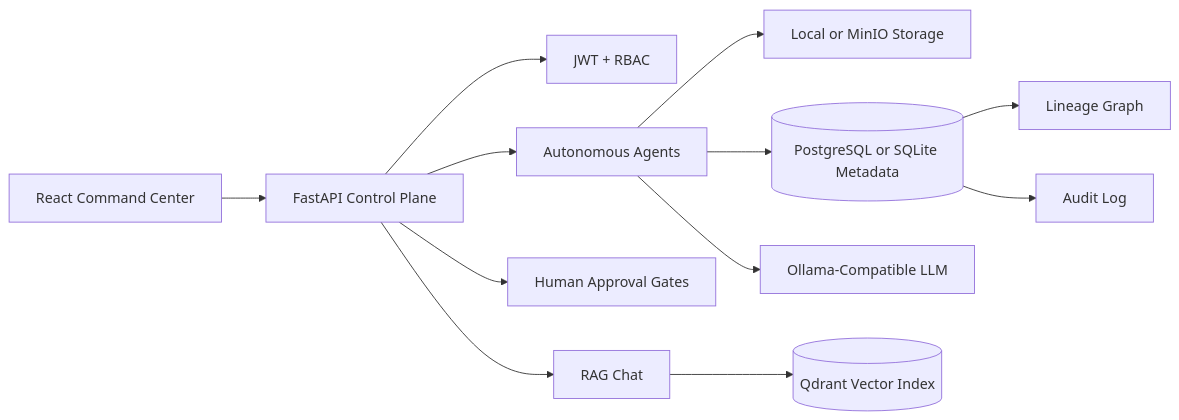
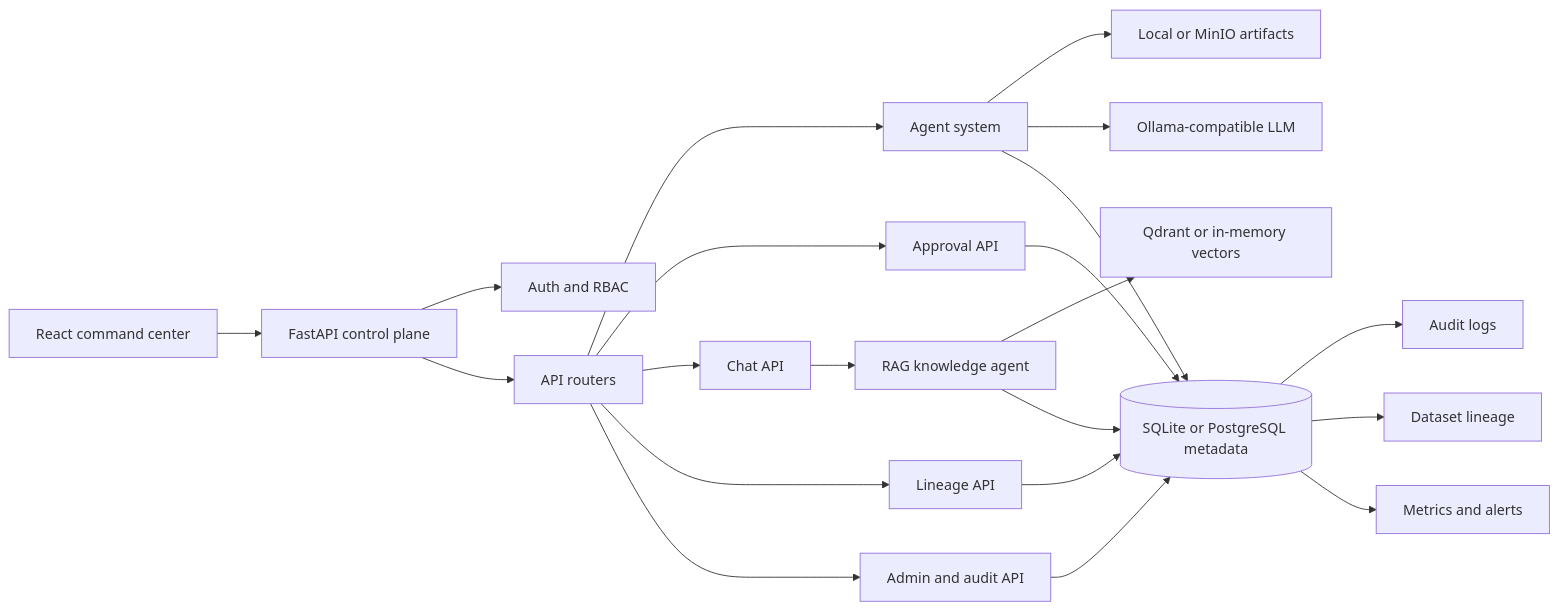
Before and after one commit to vamshivardhan22/aegis-ai-fullstack: the second of 3 diagrams in README.md, drawn with Mermaid. The commit also changed other lines of this file, not shown here.

````diff
--- a/README.md
+++ b/README.md
@@ -164,14 +81,25 @@
 ```mermaid
 flowchart LR
-  UI["React Command Center"] --> API["FastAPI Control Plane"]
-  API --> Auth["JWT + RBAC"]
-  API --> Agents["Autonomous Agents"]
-  API --> Approval["Human Approval Gates"]
-  API --> Chat["RAG Chat"]
-  Agents --> Storage["Local or MinIO Storage"]
-  Agents --> DB[("PostgreSQL or SQLite Metadata")]
-  Agents --> LLM["Ollama-Compatible LLM"]
-  Chat --> Qdrant[("Qdrant Vector Index")]
-  DB --> Lineage["Lineage Graph"]
-  DB --> Audit["Audit Log"]
+  UI["React command center"] --> API["FastAPI control plane"]
+
+  API --> Auth["Auth and RBAC"]
+  API --> Routers["API routers"]
+  Routers --> Agents["Agent system"]
+  Routers --> Approvals["Approval API"]
+  Routers --> Chat["Chat API"]
+  Routers --> LineageAPI["Lineage API"]
+  Routers --> Admin["Admin and audit API"]
+
+  Agents --> Storage["Local or MinIO artifacts"]
+  Agents --> LLM["Ollama-compatible LLM"]
+  Agents --> DB[("SQLite or PostgreSQL metadata")]
+  Chat --> RAG["RAG knowledge agent"]
+  RAG --> Qdrant["Qdrant or in-memory vectors"]
+  RAG --> DB
+  Approvals --> DB
+  LineageAPI --> DB
+  Admin --> DB
+  DB --> Audit["Audit logs"]
+  DB --> Lineage["Dataset lineage"]
+  DB --> Metrics["Metrics and alerts"]
 ```
````
